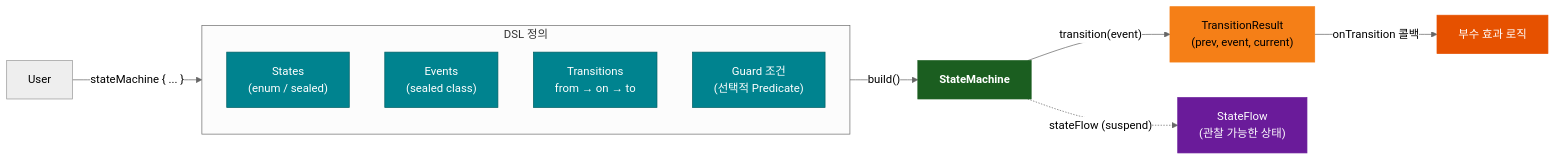
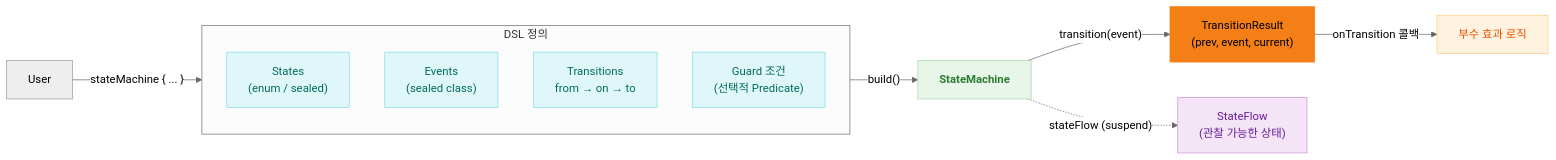
One commit to bluetape4k/bluetape4k-projects changed the first of 8 diagrams in utils/states/README.ko.md. Above: the diagram before and after it, drawn with Mermaid (neutral theme). The commit also changed other lines of this file and 219 other files, not shown here.

First line of the commit message:
docs: 전체 README Mermaid 다이어그램 가이드 적용

````diff
--- a/utils/states/README.ko.md
+++ b/utils/states/README.ko.md
@@ -13,28 +13,28 @@
 ```mermaid
 flowchart LR
     subgraph DSL["DSL 정의"]
         S["States\n(enum / sealed)"]
         E["Events\n(sealed class)"]
         T["Transitions\nfrom → on<Event> → to"]
         G["Guard 조건\n(선택적 Predicate)"]
     end
 
     User -->|"stateMachine { ... }"| DSL
     DSL -->|"build()"| SM[StateMachine]
     SM -->|"transition(event)"| TR["TransitionResult\n(prev, event, current)"]
     SM -.->|"stateFlow (suspend)"| SF["StateFlow\n(관찰 가능한 상태)"]
     TR -->|"onTransition 콜백"| CB["부수 효과 로직"]
 
-    classDef coreStyle fill:#1B5E20,stroke:#1B5E20,color:#FFFFFF,font-weight:bold
-    classDef serviceStyle fill:#1565C0,stroke:#1565C0,color:#FFFFFF
-    classDef utilStyle fill:#E65100,stroke:#E65100,color:#FFFFFF
-    classDef asyncStyle fill:#6A1B9A,stroke:#6A1B9A,color:#FFFFFF
-    classDef dslStyle fill:#00838F,stroke:#006064,color:#FFFFFF
+    classDef coreStyle fill:#E8F5E9,stroke:#A5D6A7,color:#2E7D32,font-weight:bold
+    classDef serviceStyle fill:#E3F2FD,stroke:#90CAF9,color:#1565C0
+    classDef utilStyle fill:#FFF3E0,stroke:#FFCC80,color:#E65100
+    classDef asyncStyle fill:#F3E5F5,stroke:#CE93D8,color:#6A1B9A
+    classDef dslStyle fill:#E0F7FA,stroke:#80DEEA,color:#00695C
     classDef dataStyle fill:#F57F17,stroke:#F57F17,color:#000000
 
     class S,E,T,G dslStyle
     class SM coreStyle
     class TR dataStyle
     class SF asyncStyle
     class CB utilStyle
 ```
````
